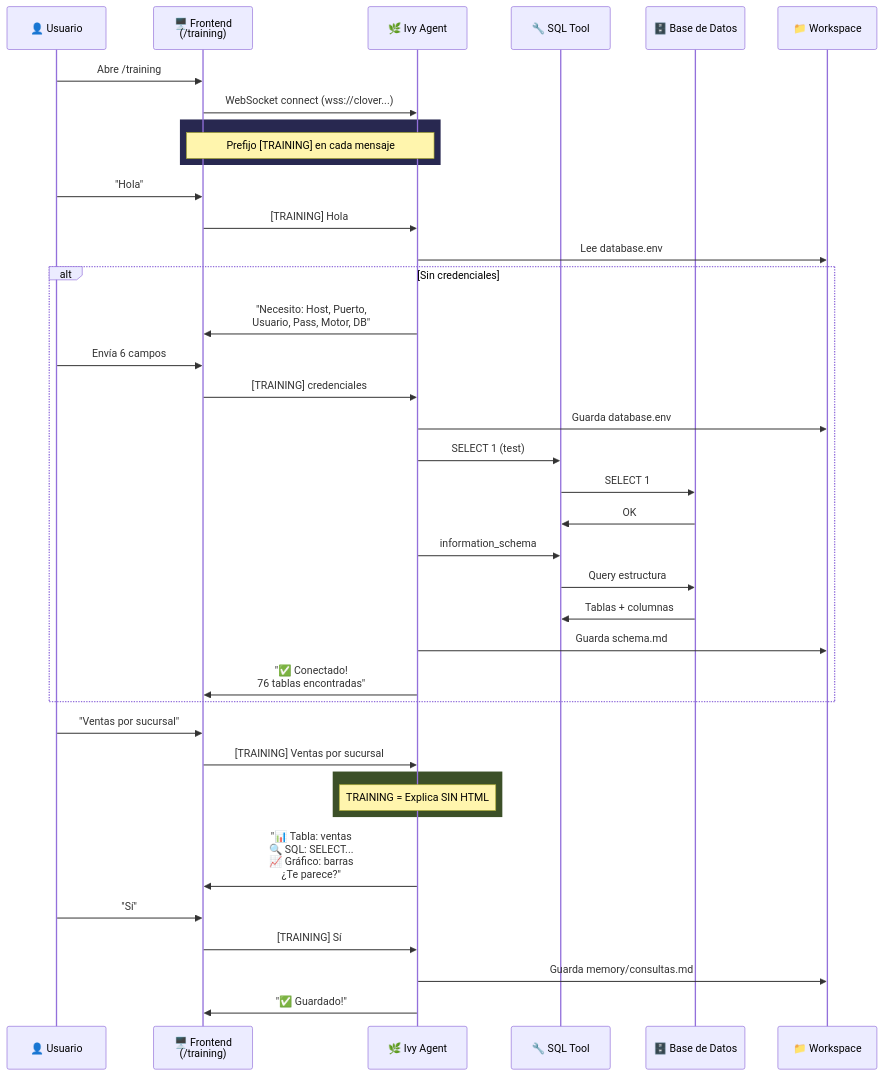
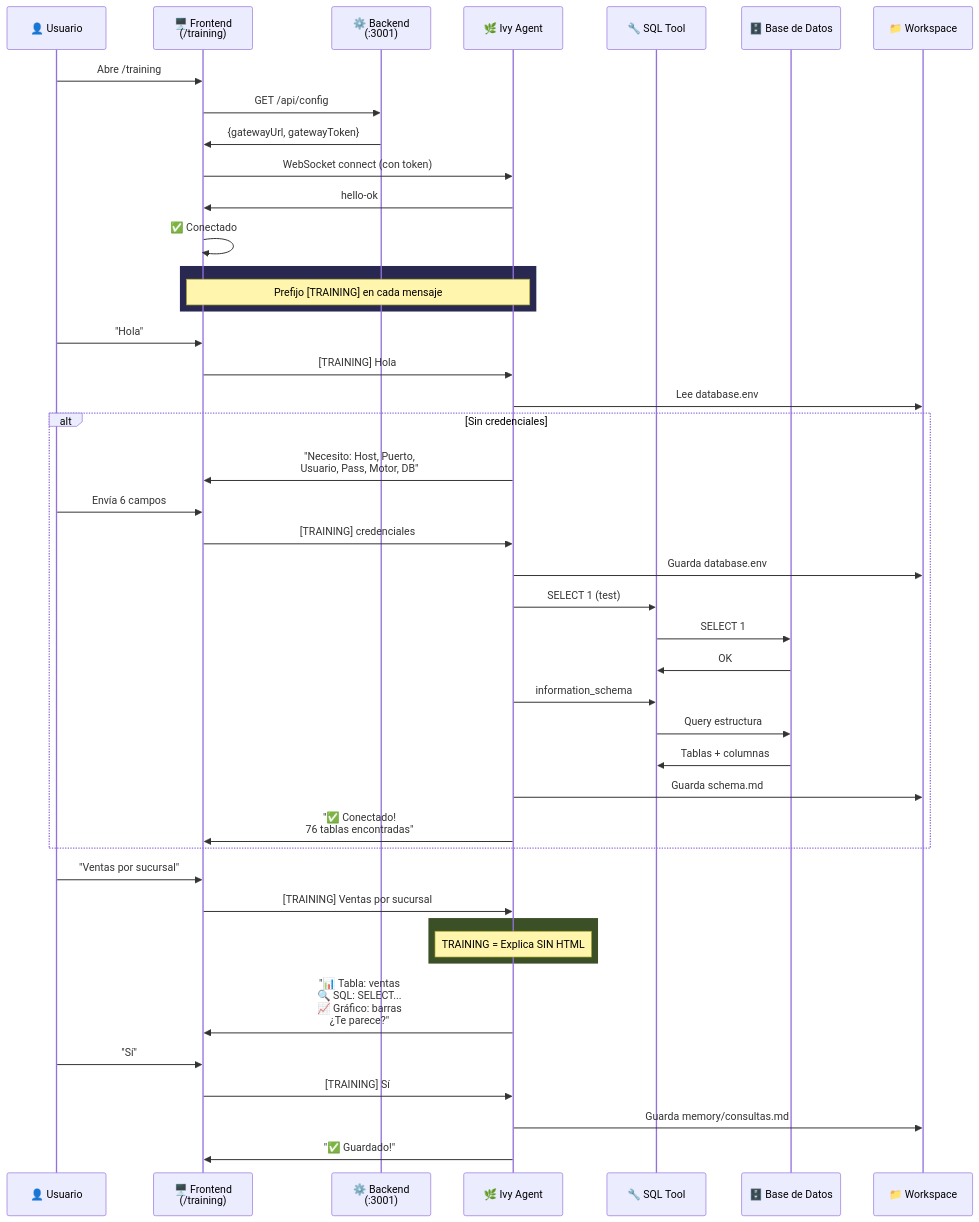
The second of 3 diagrams in docs/02-arquitectura.md (dchaves80/CloverBI), drawn with Mermaid before and after one commit. The commit also changed other lines of this file and 2 other files, not shown here.

Commit message:
feat(backend): nuevo endpoint /api/config para Training - Frontend obtiene gatewayUrl y gatewayToken del backend - Token no hardcodeado, parametrizable en runtime - Actualizada documentación de arquitectura

````diff
--- a/docs/02-arquitectura.md
+++ b/docs/02-arquitectura.md
@@ -53,49 +79,54 @@
 ```mermaid
 sequenceDiagram
     participant U as 👤 Usuario
     participant F as 🖥️ Frontend<br/>(/training)
+    participant B as ⚙️ Backend<br/>(:3001)
     participant I as 🌿 Ivy Agent
     participant S as 🔧 SQL Tool
     participant DB as 🗄️ Base de Datos
     participant W as 📁 Workspace
 
     U->>F: Abre /training
-    F->>I: WebSocket connect (wss://clover...)
+    F->>B: GET /api/config
+    B->>F: {gatewayUrl, gatewayToken}
+    F->>I: WebSocket connect (con token)
+    I->>F: hello-ok
+    F->>F: ✅ Conectado
     
     rect rgb(40, 40, 80)
         Note over F,I: Prefijo [TRAINING] en cada mensaje
     end
     
     U->>F: "Hola"
     F->>I: [TRAINING] Hola
     I->>W: Lee database.env
     
     alt Sin credenciales
         I->>F: "Necesito: Host, Puerto,<br/>Usuario, Pass, Motor, DB"
         U->>F: Envía 6 campos
         F->>I: [TRAINING] credenciales
         I->>W: Guarda database.env
         I->>S: SELECT 1 (test)
         S->>DB: SELECT 1
         DB->>S: OK
         I->>S: information_schema
         S->>DB: Query estructura
         DB->>S: Tablas + columnas
         I->>W: Guarda schema.md
         I->>F: "✅ Conectado!<br/>76 tablas encontradas"
     end
     
     U->>F: "Ventas por sucursal"
     F->>I: [TRAINING] Ventas por sucursal
     
     rect rgb(60, 80, 40)
         Note over I: TRAINING = Explica SIN HTML
     end
     
     I->>F: "📊 Tabla: ventas<br/>🔍 SQL: SELECT...<br/>📈 Gráfico: barras<br/>¿Te parece?"
     
     U->>F: "Sí"
     F->>I: [TRAINING] Sí
     I->>W: Guarda memory/consultas.md
     I->>F: "✅ Guardado!"
 ```
````
